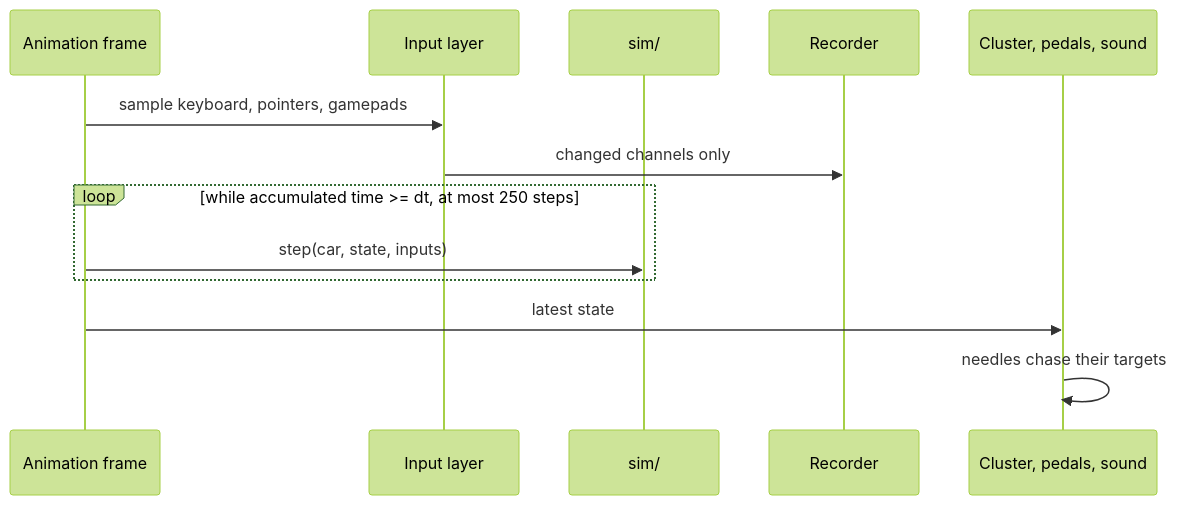
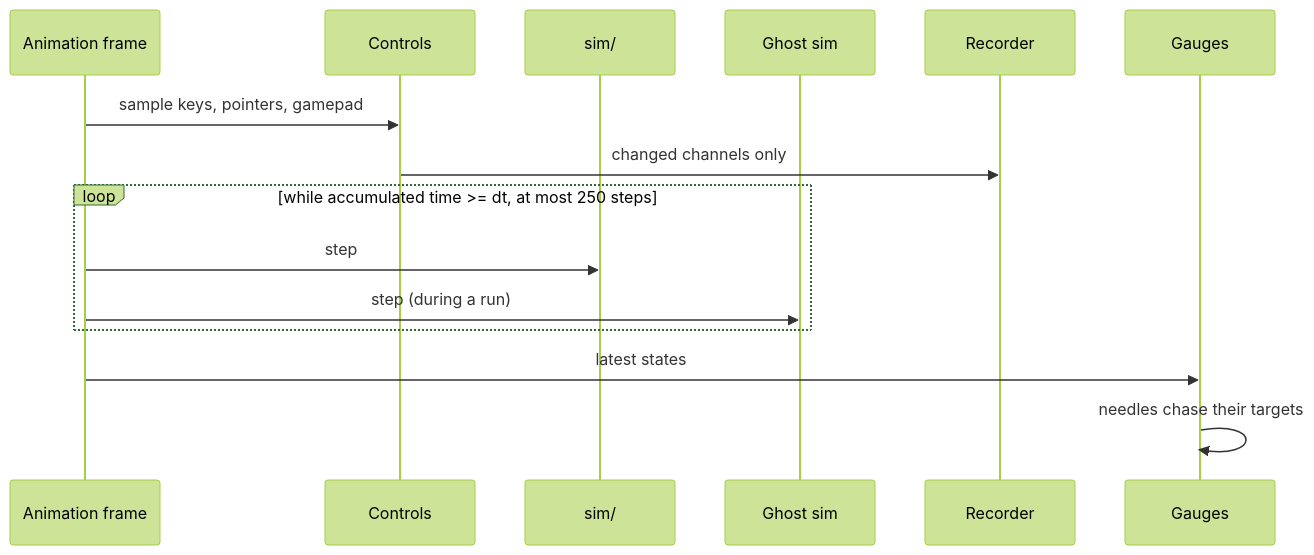
One commit to MoAbboud/PortFolio changed the fourth of 5 diagrams in pedalsim/requirements/03-architecture.md. Above: the diagram before and after it, drawn with Mermaid (forest theme). The commit also changed other lines of this file and 6 other files, not shown here.

Commit message:
git add pedalsim/requirements git commit -m "pedalsim replanned as one page of gauges with no server: engines from four to twelve cylinders built from their dimensions, a shift coach, and a 0-60 score measured against a solved perfect run"

````diff
--- a/pedalsim/requirements/03-architecture.md
+++ b/pedalsim/requirements/03-architecture.md
@@ -224,16 +241,18 @@
 ```mermaid
 sequenceDiagram
-    participant RAF as Animation frame
-    participant IN as Input layer
-    participant SIM as sim/
-    participant REC as Recorder
-    participant OUT as Cluster, pedals, sound
+    participant F as Animation frame
+    participant IN as Controls
+    participant S as sim/
+    participant G as Ghost sim
+    participant R as Recorder
+    participant U as Gauges
 
-    RAF->>IN: sample keyboard, pointers, gamepads
-    IN->>REC: changed channels only
+    F->>IN: sample keys, pointers, gamepad
+    IN->>R: changed channels only
     loop while accumulated time >= dt, at most 250 steps
-        RAF->>SIM: step(car, state, inputs)
+        F->>S: step
+        F->>G: step (during a run)
     end
-    RAF->>OUT: latest state
-    OUT->>OUT: needles chase their targets
+    F->>U: latest states
+    U->>U: needles chase their targets
 ```
````
